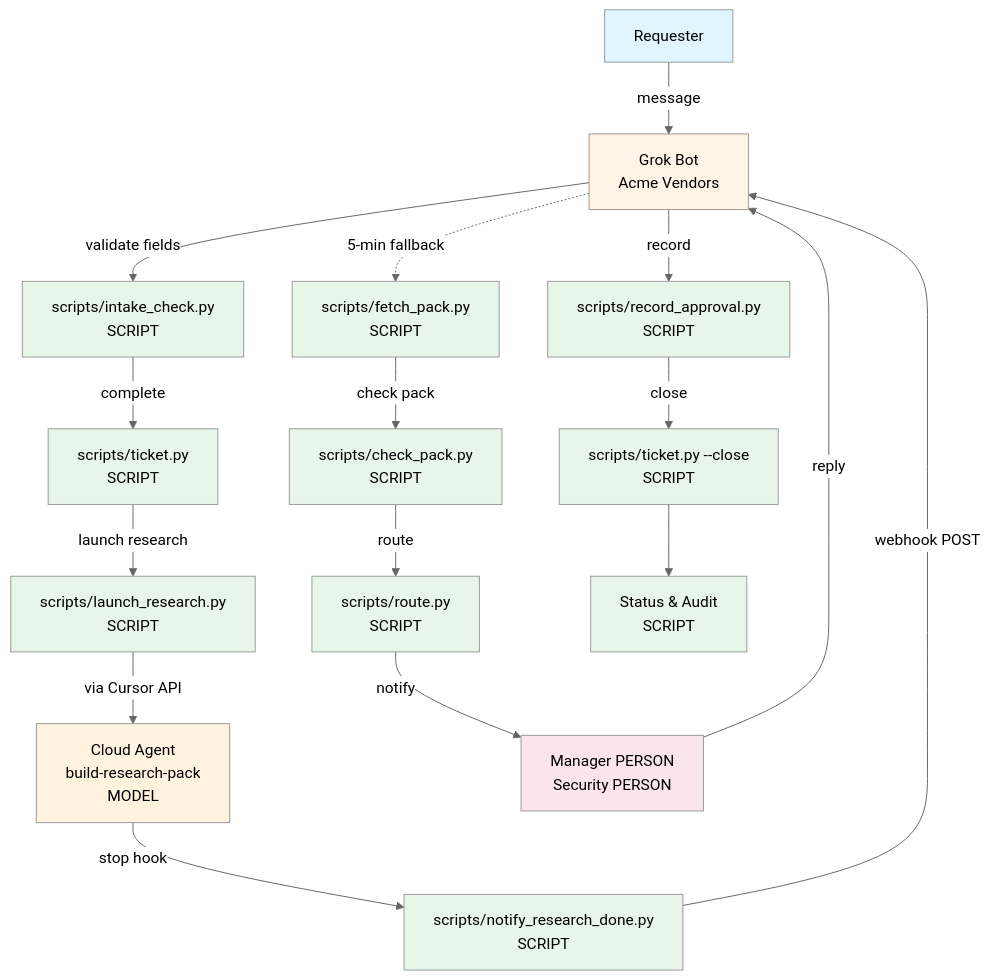
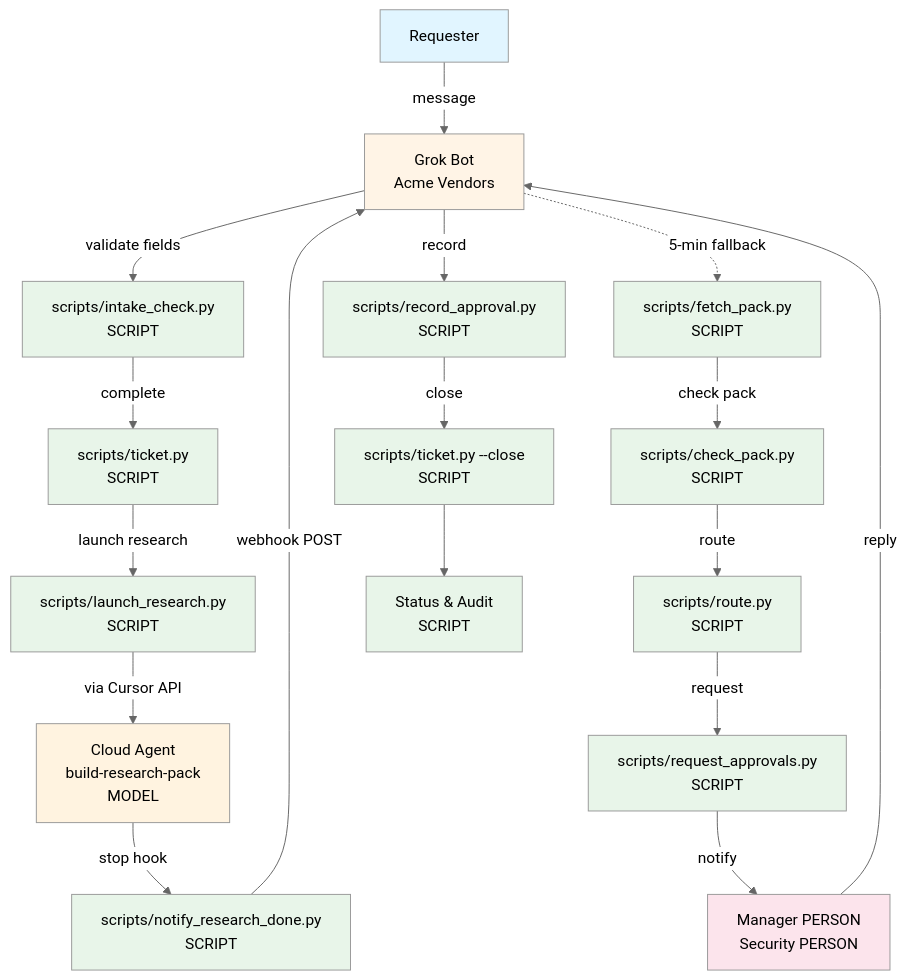
The diagram in README.md (tradersnow222/acme-vendor-onboarding), drawn with Mermaid (neutral theme) before and after one commit. The commit also changed other lines of this file, not shown here.

````diff
--- a/README.md
+++ b/README.md
@@ -51,33 +59,35 @@
 ```mermaid
 flowchart TD
     A[Requester] -->|message| B[Grok Bot<br/>Acme Vendors]
     B -->|validate fields| C[scripts/intake_check.py<br/>SCRIPT]
     C -->|complete| D[scripts/ticket.py<br/>SCRIPT]
     D -->|launch research| E[scripts/launch_research.py<br/>SCRIPT]
     E -->|via Cursor API| F[Cloud Agent<br/>build-research-pack<br/>MODEL]
     F -->|stop hook| G[scripts/notify_research_done.py<br/>SCRIPT]
     G -->|webhook POST| B
     B -.->|5-min fallback| H[scripts/fetch_pack.py<br/>SCRIPT]
     H -->|check pack| I[scripts/check_pack.py<br/>SCRIPT]
     I -->|route| J[scripts/route.py<br/>SCRIPT]
-    J -->|notify| K[Manager PERSON<br/>Security PERSON]
-    K -->|reply| B
-    B -->|record| L[scripts/record_approval.py<br/>SCRIPT]
-    L -->|close| M[scripts/ticket.py --close<br/>SCRIPT]
-    M --> N[Status & Audit<br/>SCRIPT]
+    J -->|request| K[scripts/request_approvals.py<br/>SCRIPT]
+    K -->|notify| L[Manager PERSON<br/>Security PERSON]
+    L -->|reply| B
+    B -->|record| M[scripts/record_approval.py<br/>SCRIPT]
+    M -->|close| N[scripts/ticket.py --close<br/>SCRIPT]
+    N --> O[Status & Audit<br/>SCRIPT]
     
     style A fill:#e1f5ff
     style B fill:#fff4e6
     style C fill:#e8f5e9
     style D fill:#e8f5e9
     style E fill:#e8f5e9
     style F fill:#fff3e0
     style G fill:#e8f5e9
     style H fill:#e8f5e9
     style I fill:#e8f5e9
     style J fill:#e8f5e9
-    style K fill:#fce4ec
-    style L fill:#e8f5e9
+    style K fill:#e8f5e9
+    style L fill:#fce4ec
     style M fill:#e8f5e9
     style N fill:#e8f5e9
+    style O fill:#e8f5e9
 ```
````
